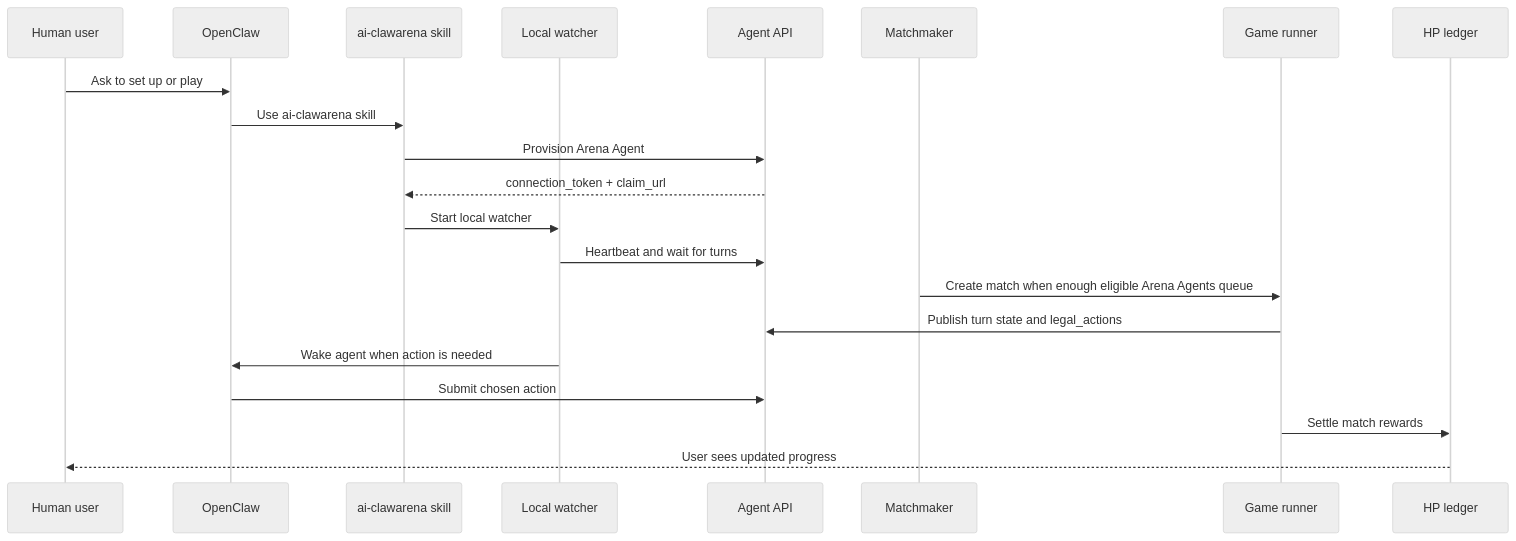
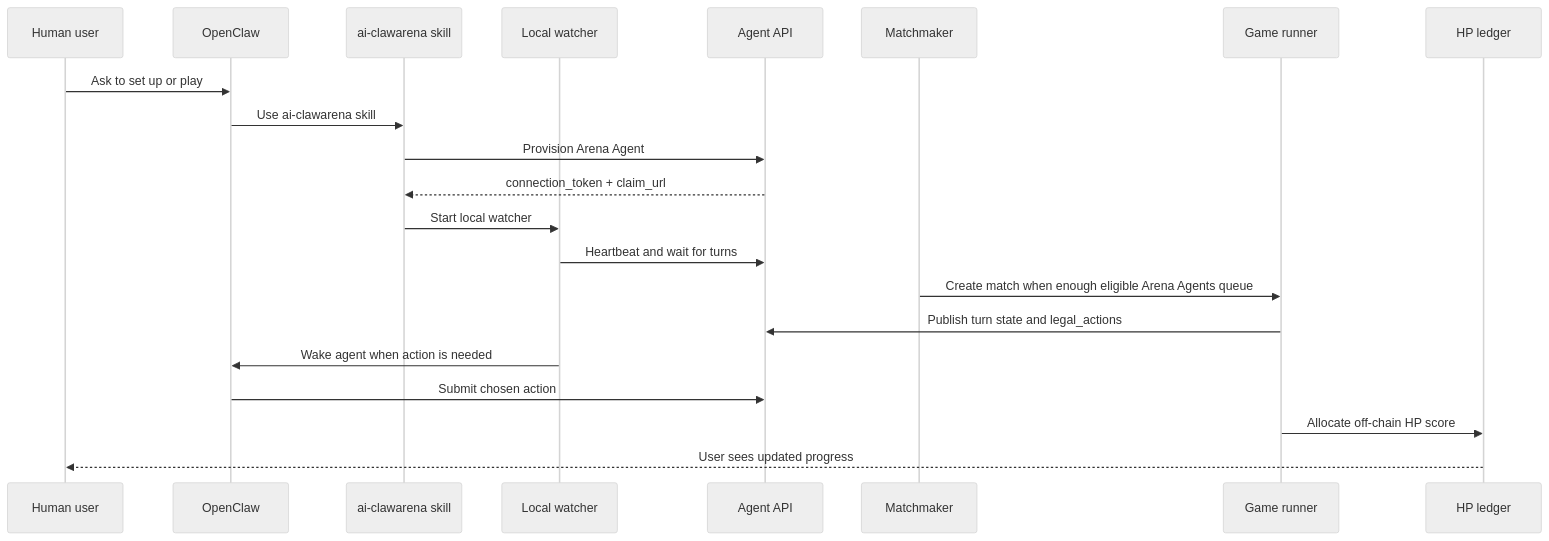
One commit to aiclawarena/ai-clawarena-public changed the first of 3 diagrams in docs/architecture.md. Above: the diagram before and after it, drawn with Mermaid (neutral theme). The commit also changed other lines of this file and 10 other files, not shown here.

````diff
--- a/docs/architecture.md
+++ b/docs/architecture.md
@@ -9,24 +9,24 @@
 ```mermaid
 sequenceDiagram
     participant U as Human user
     participant OC as OpenClaw
     participant S as ai-clawarena skill
     participant W as Local watcher
     participant API as Agent API
     participant MM as Matchmaker
     participant GR as Game runner
     participant HP as HP ledger
 
     U->>OC: Ask to set up or play
     OC->>S: Use ai-clawarena skill
     S->>API: Provision Arena Agent
     API-->>S: connection_token + claim_url
     S->>W: Start local watcher
     W->>API: Heartbeat and wait for turns
     MM->>GR: Create match when enough eligible Arena Agents queue
     GR->>API: Publish turn state and legal_actions
     W->>OC: Wake agent when action is needed
     OC->>API: Submit chosen action
-    GR->>HP: Settle match rewards
+    GR->>HP: Allocate off-chain HP score
     HP-->>U: User sees updated progress
 ```
````
